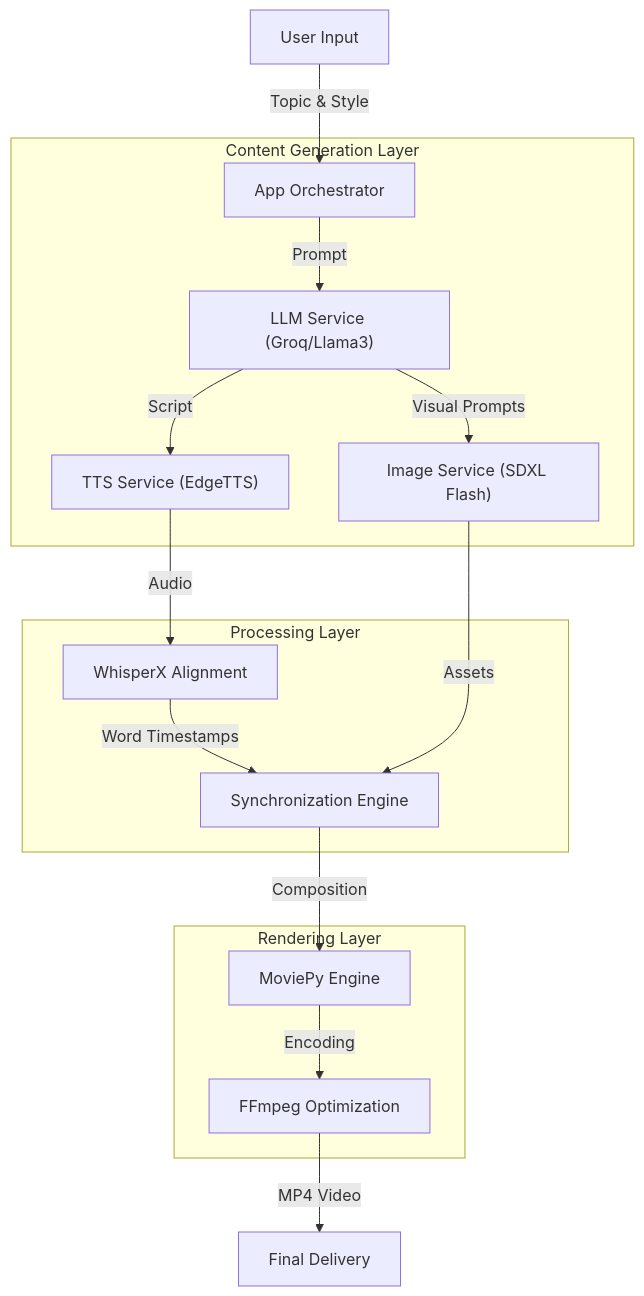
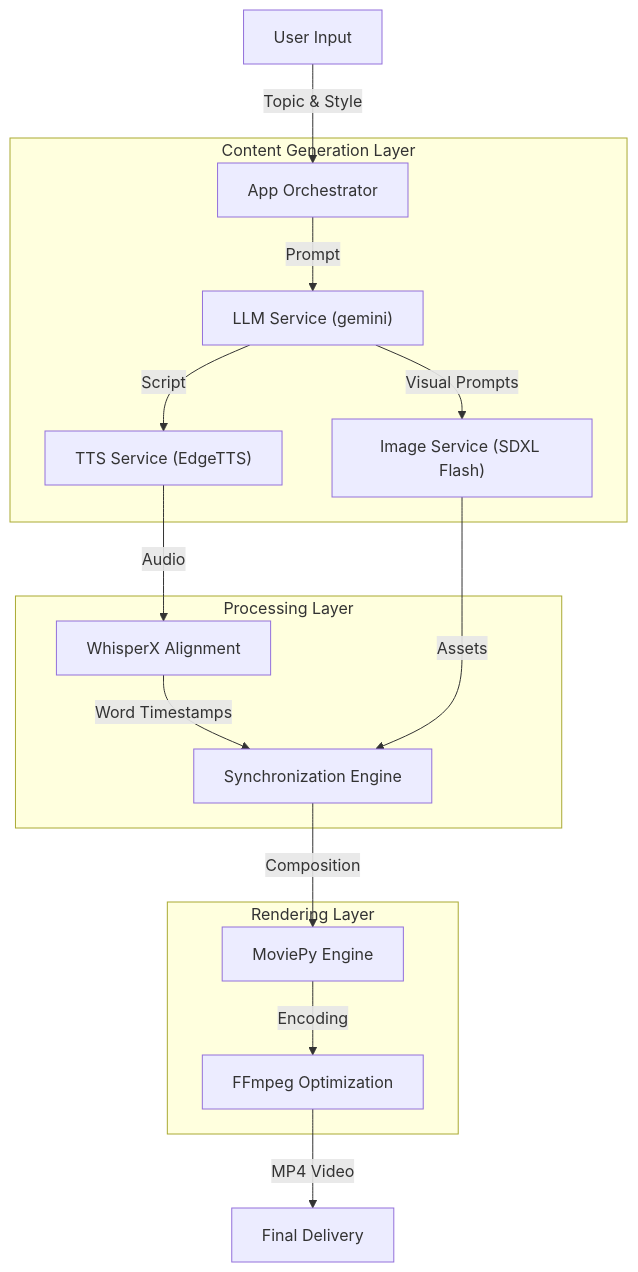
One commit to ShubhankarRawat/TTV-App-V1 changed the diagram in readme.md. Above: the diagram before and after it, drawn with Mermaid. The commit also changed other lines of this file, not shown here.

````diff
--- a/readme.md
+++ b/readme.md
@@ -19,23 +19,23 @@
 ```mermaid
 graph TD
     User[User Input] -->|Topic & Style| Orchestrator[App Orchestrator]
     
     subgraph "Content Generation Layer"
-        Orchestrator -->|Prompt| LLM["LLM Service (Groq/Llama3)"]
+        Orchestrator -->|Prompt| LLM["LLM Service (gemini)"]
         LLM -->|Script| TTS["TTS Service (EdgeTTS)"]
         LLM -->|Visual Prompts| IMG["Image Service (SDXL Flash)"]
     end
     
     subgraph "Processing Layer"
         TTS -->|Audio| ASR[WhisperX Alignment]
         ASR -->|Word Timestamps| Sync[Synchronization Engine]
         IMG -->|Assets| Sync
     end
     
     subgraph "Rendering Layer"
         Sync -->|Composition| MoviePy[MoviePy Engine]
         MoviePy -->|Encoding| FFmpeg[FFmpeg Optimization]
     end
     
     FFmpeg -->|MP4 Video| Output[Final Delivery]
 ```
````
